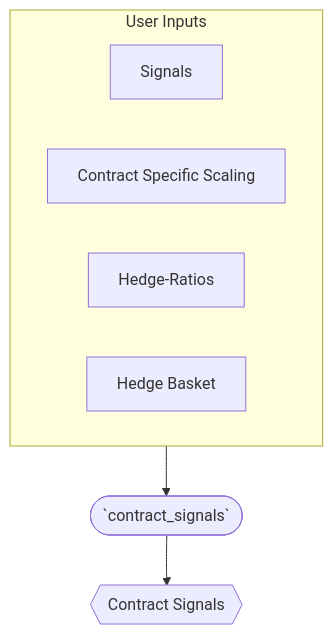
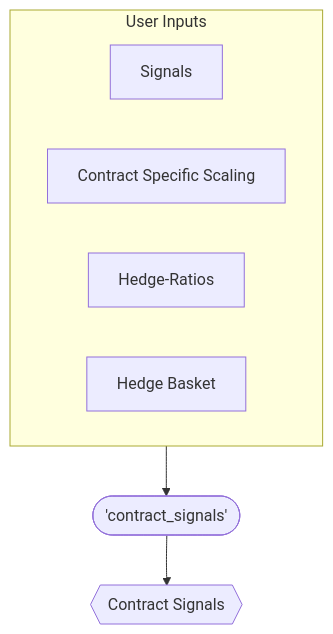
The second of 5 diagrams in macrosynergy/pnl/README.md (macrosynergy/macrosynergy), drawn with Mermaid before and after one commit. The commit also changed other lines of this file, not shown here.

Commit message:
updating mermaid chart to remove codespans

````diff
--- a/macrosynergy/pnl/README.md
+++ b/macrosynergy/pnl/README.md
@@ -72,20 +72,20 @@
 ```{mermaid}
 
 flowchart TD;
     Sig[Signals]
     CSCALES[Contract Specific Scaling]
     HR[Hedge-Ratios]
     HB[Hedge Basket]
-    CSfunc([`contract_signals`])
+    CSfunc(['contract_signals'])
     CSOutput{{Contract Signals}}
 
     subgraph CS_UINP[User Inputs]
       Sig
       HR
       HB
       CSCALES
     end
 
       CS_UINP --> CSfunc
     CSfunc --> CSOutput
 ```
````
